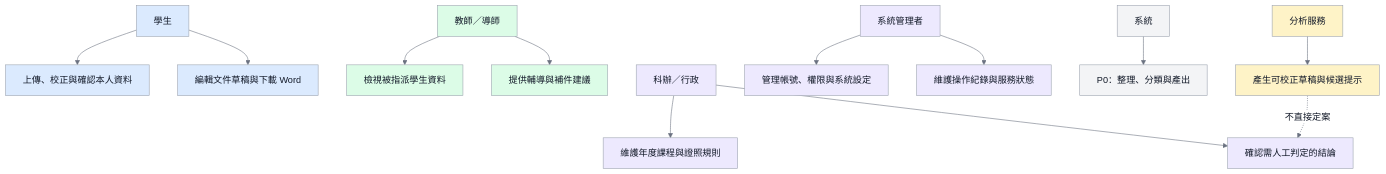
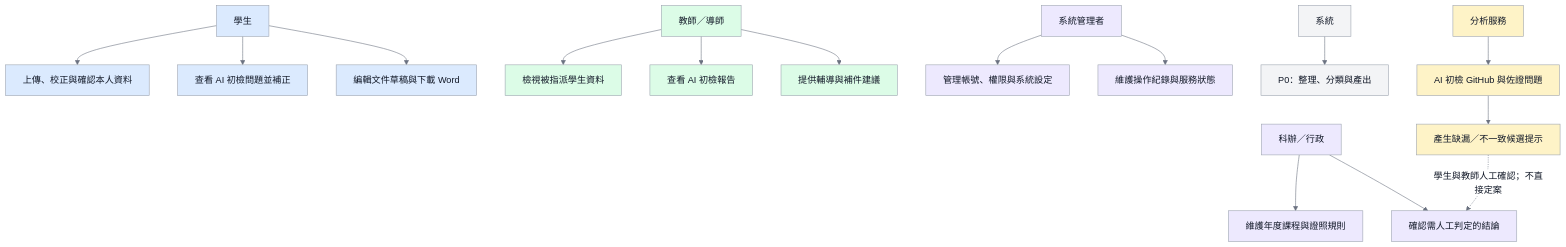
The first of 9 diagrams in docs/04_圖表與介面/diagrams.md (vujhdcusa/1028), drawn with Mermaid before and after one commit. The commit also changed other lines of this file and 93 other files, not shown here.

````diff
--- a/docs/04_圖表與介面/diagrams.md
+++ b/docs/04_圖表與介面/diagrams.md
@@ -13,21 +14,25 @@
 ```mermaid
 %%{init: {'theme':'base','themeVariables': {'fontFamily':'Microsoft JhengHei, Noto Sans TC, Arial, sans-serif','primaryColor':'#F3F4F6','primaryTextColor':'#111827','primaryBorderColor':'#9CA3AF','lineColor':'#6B7280','edgeLabelBackground':'#FFFFFF'}}}%%
 flowchart TD
     classDef student fill:#DBEAFE,stroke:#9CA3AF,color:#111827,stroke-width:1px;
     classDef teacher fill:#DCFCE7,stroke:#9CA3AF,color:#111827,stroke-width:1px;
     classDef staff fill:#EDE9FE,stroke:#9CA3AF,color:#111827,stroke-width:1px;
     classDef system fill:#F3F4F6,stroke:#9CA3AF,color:#111827,stroke-width:1px;
     classDef ai fill:#FEF3C7,stroke:#9CA3AF,color:#111827,stroke-width:1px;
+    classDef ai fill:#FEF3C7,stroke:#9CA3AF,color:#111827,stroke-width:1px;
 
     Student[學生]:::student --> S1[上傳、校正與確認本人資料]:::student
-    Student --> S2[編輯文件草稿與下載 Word]:::student
+    Student --> S2[查看 AI 初檢問題並補正]:::student
+    Student --> S3[編輯文件草稿與下載 Word]:::student
     Teacher[教師／導師]:::teacher --> T1[檢視被指派學生資料]:::teacher
-    Teacher --> T2[提供輔導與補件建議]:::teacher
+    Teacher --> T2[查看 AI 初檢報告]:::teacher
+    Teacher --> T3[提供輔導與補件建議]:::teacher
     Staff[科辦／行政]:::staff --> F1[維護年度課程與證照規則]:::staff
     Staff --> F2[確認需人工判定的結論]:::staff
     Admin[系統管理者]:::staff --> A1[管理帳號、權限與系統設定]:::staff
     Admin --> A2[維護操作紀錄與服務狀態]:::staff
     System[系統]:::system --> P0[P0：整理、分類與產出]:::system
-    AI[分析服務]:::ai --> G1[產生可校正草稿與候選提示]:::ai
-    G1 -.不直接定案.-> F2
+    AI[分析服務]:::ai --> G1[AI 初檢 GitHub 與佐證問題]:::ai
+    G1 --> G2[產生缺漏／不一致候選提示]:::ai
+    G2 -.學生與教師人工確認；不直接定案.-> F2
 ```
````
